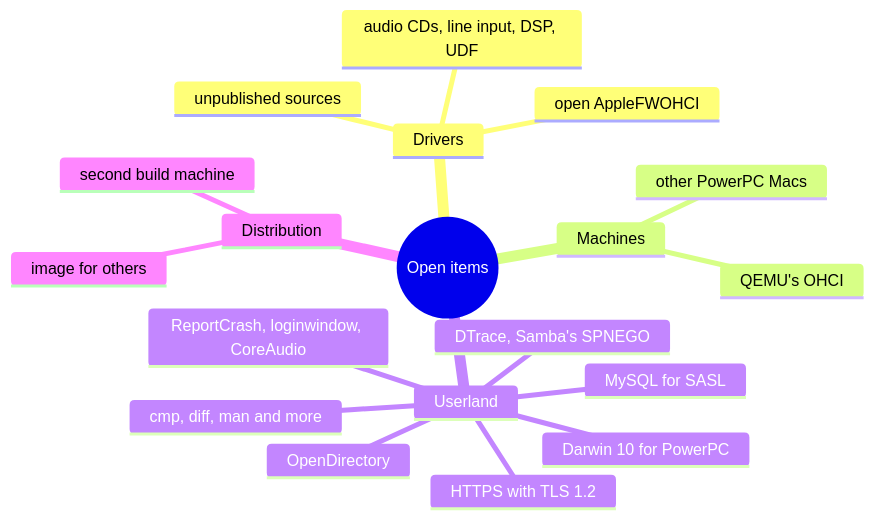
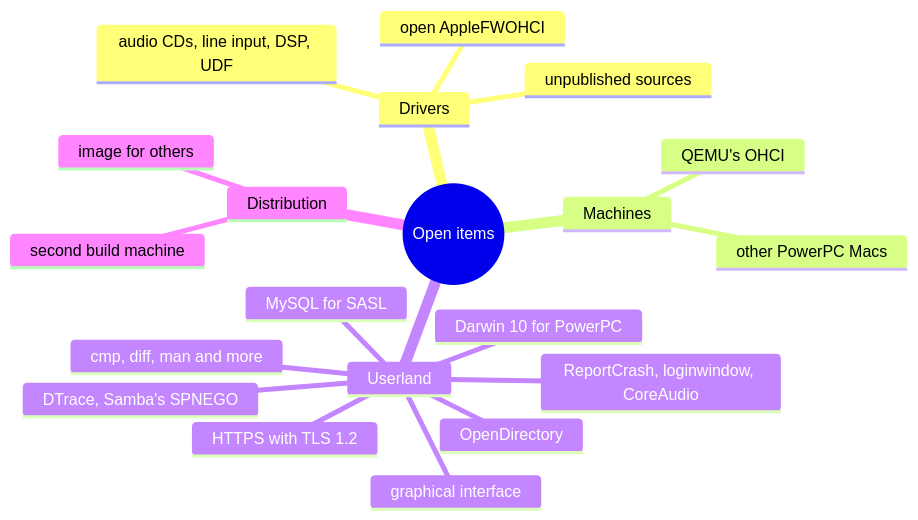
The diagram in docs/src/steps/whats-next.md (nyg/PowerDarwin), drawn with Mermaid before and after one commit. The commit also changed other lines of this file and 5 other files, not shown here.

Commit message:
docs: compare the graphical interfaces the image could have under its rules

````diff
--- a/docs/src/steps/whats-next.md
+++ b/docs/src/steps/whats-next.md
@@ -93,22 +97,23 @@
 ```mermaid
 mindmap
   root((Open items))
     Drivers
       open AppleFWOHCI
       audio CDs, line input, DSP, UDF
       unpublished sources
     Machines
       other PowerPC Macs
       QEMU's OHCI
     Userland
       OpenDirectory
       ReportCrash, loginwindow, CoreAudio
       MySQL for SASL
       cmp, diff, man and more
+      graphical interface
       HTTPS with TLS 1.2
       DTrace, Samba's SPNEGO
       Darwin 10 for PowerPC
     Distribution
       image for others
       second build machine
 ```
````
